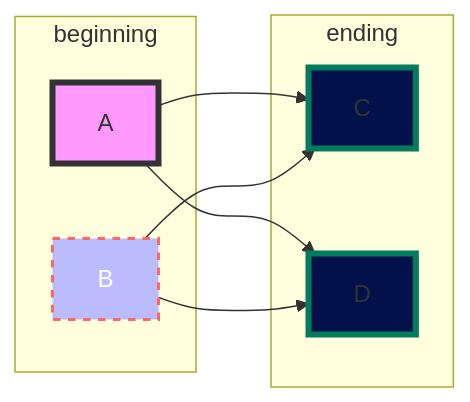
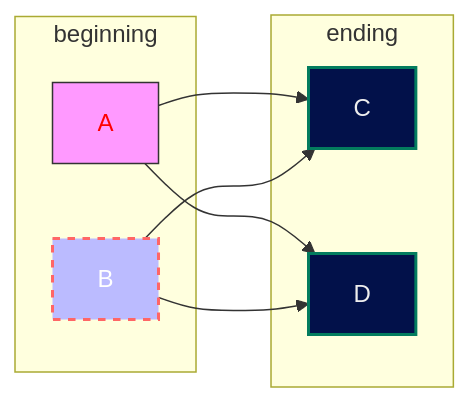
One commit to johnzastrow/choreme changed diagram 11 of 20 in mermaid.md. Above: the diagram before and after it, drawn with Mermaid. The commit also changed other lines of this file, not shown here.

````diff
--- a/mermaid.md
+++ b/mermaid.md
@@ -223,16 +224,16 @@
   ```mermaid
    graph LR
 
     A & B--> C & D
-    classDef default fill:#02114a,stroke:#037c5e,stroke-width:4px;
-    style A fill:#f9f,stroke:#333,stroke-width:px
+    classDef default fill:#02114a,stroke:#037c5e,color:#eee,stroke-width:2px;
+    style A fill:#f9f,stroke:#333,color:red,stroke-width:1px
     style B fill:#bbf,stroke:#f66,stroke-width:2px,color:#fff,stroke-dasharray: 5 5
 
         subgraph beginning
         A & B
         end
 
         subgraph ending
         C & D
         end
 ```
````
